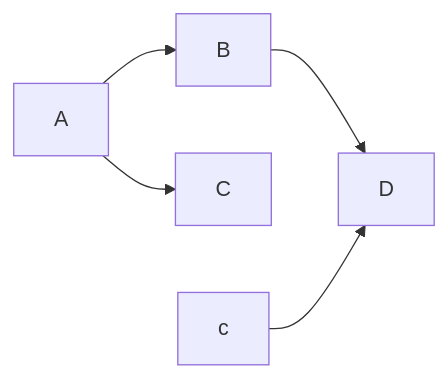
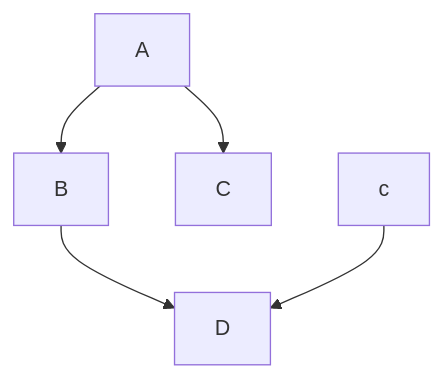
One commit to giorgio-bendoni/giorgio-bendoni.github.io changed the diagram in _posts/2020-07-19-prova.md. Above: the diagram before and after it, drawn with Mermaid.

```diff
--- a/_posts/2020-07-19-prova.md
+++ b/_posts/2020-07-19-prova.md
@@ -21,7 +21,7 @@
 <div class="mermaid">
-graph LR
+graph TD
   A-->B;
   A-->C;
   B-->D;
   c-->D;
 </div>
```
